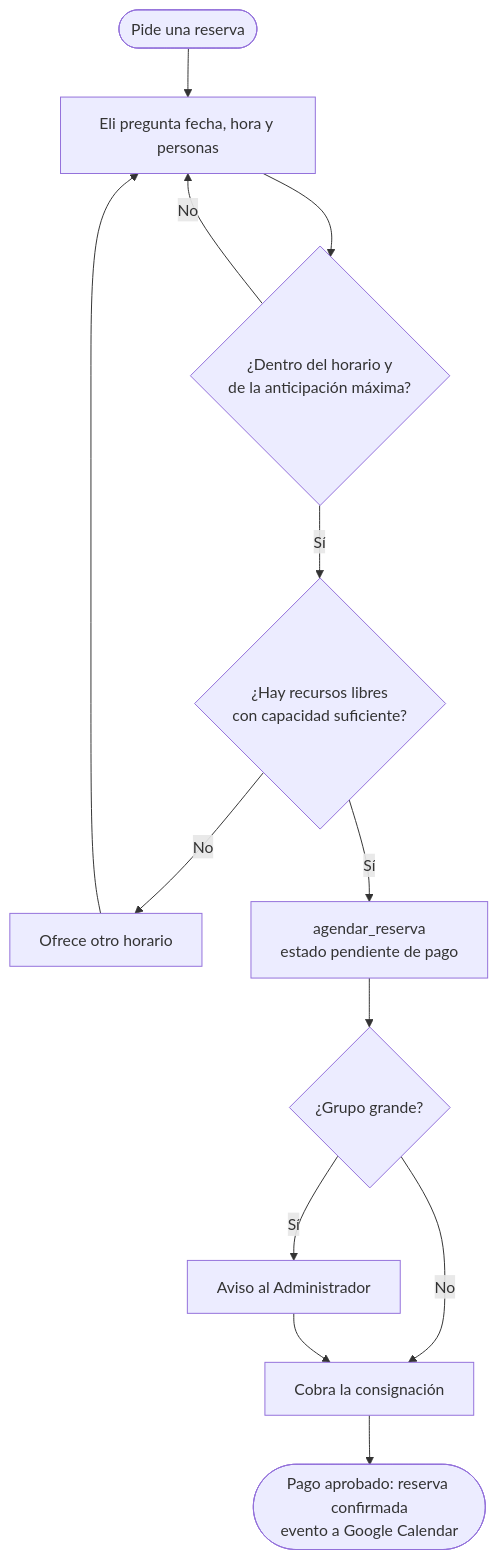
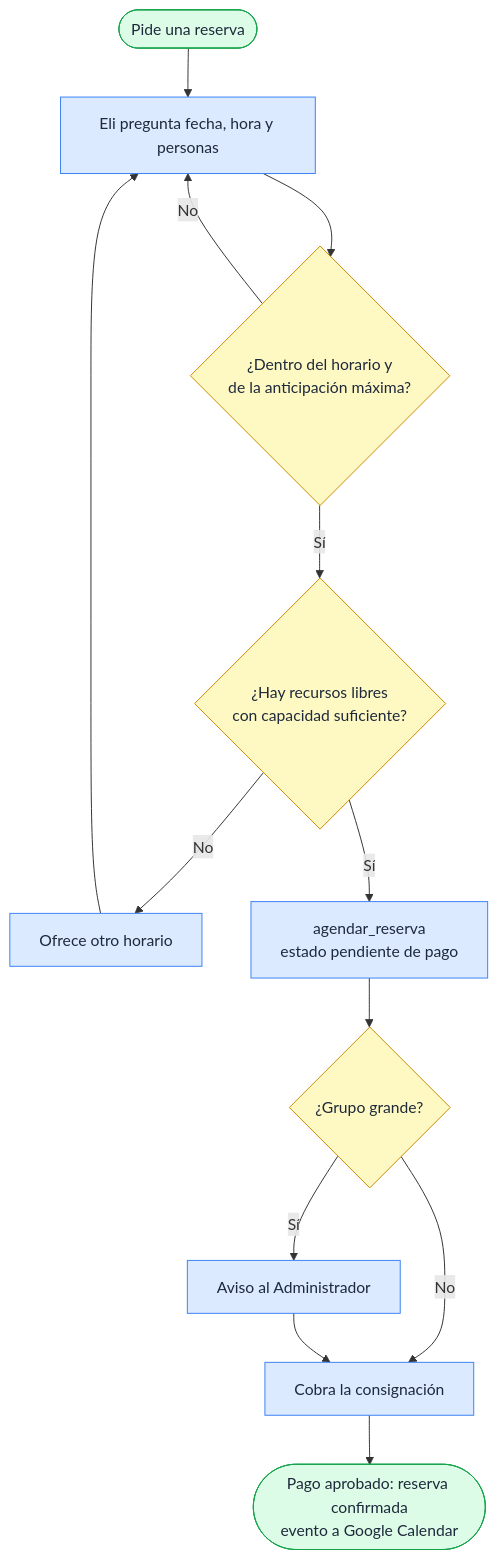
The second of 2 diagrams in docs/03_flujos_usuario/05_cliente_whatsapp.md (svzapatac/Elius), drawn with Mermaid before and after one commit. The commit also changed other lines of this file and 46 other files, not shown here.

````diff
--- a/docs/03_flujos_usuario/05_cliente_whatsapp.md
+++ b/docs/03_flujos_usuario/05_cliente_whatsapp.md
@@ -32,15 +37,20 @@
 ```mermaid
 flowchart TD
   A([Pide una reserva]) --> B[Eli pregunta fecha, hora y personas]
   B --> C{¿Dentro del horario y<br/>de la anticipación máxima?}
   C -- No --> B
   C -- Sí --> D{¿Hay recursos libres<br/>con capacidad suficiente?}
   D -- No --> E[Ofrece otro horario]
   E --> B
   D -- Sí --> F[agendar_reserva<br/>estado pendiente de pago]
   F --> G{¿Grupo grande?}
   G -- Sí --> H[Aviso al Administrador]
   G -- No --> I[Cobra la consignación]
   H --> I
   I --> J([Pago aprobado: reserva confirmada<br/>evento a Google Calendar])
+  classDef default fill:#dbeafe,stroke:#3b82f6,color:#1e293b
+  classDef dec fill:#fef9c3,stroke:#ca8a04,color:#1e293b
+  classDef ok fill:#dcfce7,stroke:#16a34a,color:#1e293b
+  class C,D,G dec
+  class A,J ok
 ```
````
